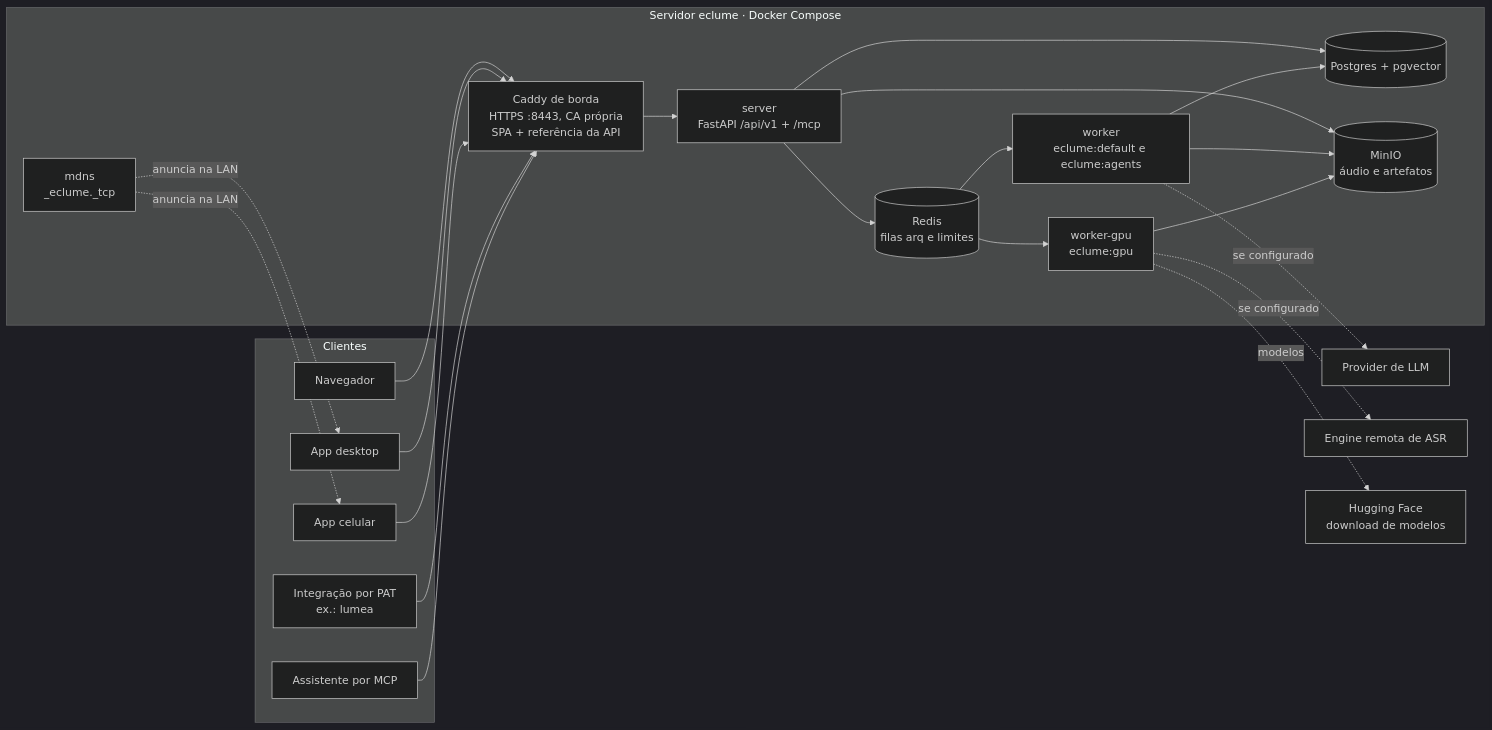
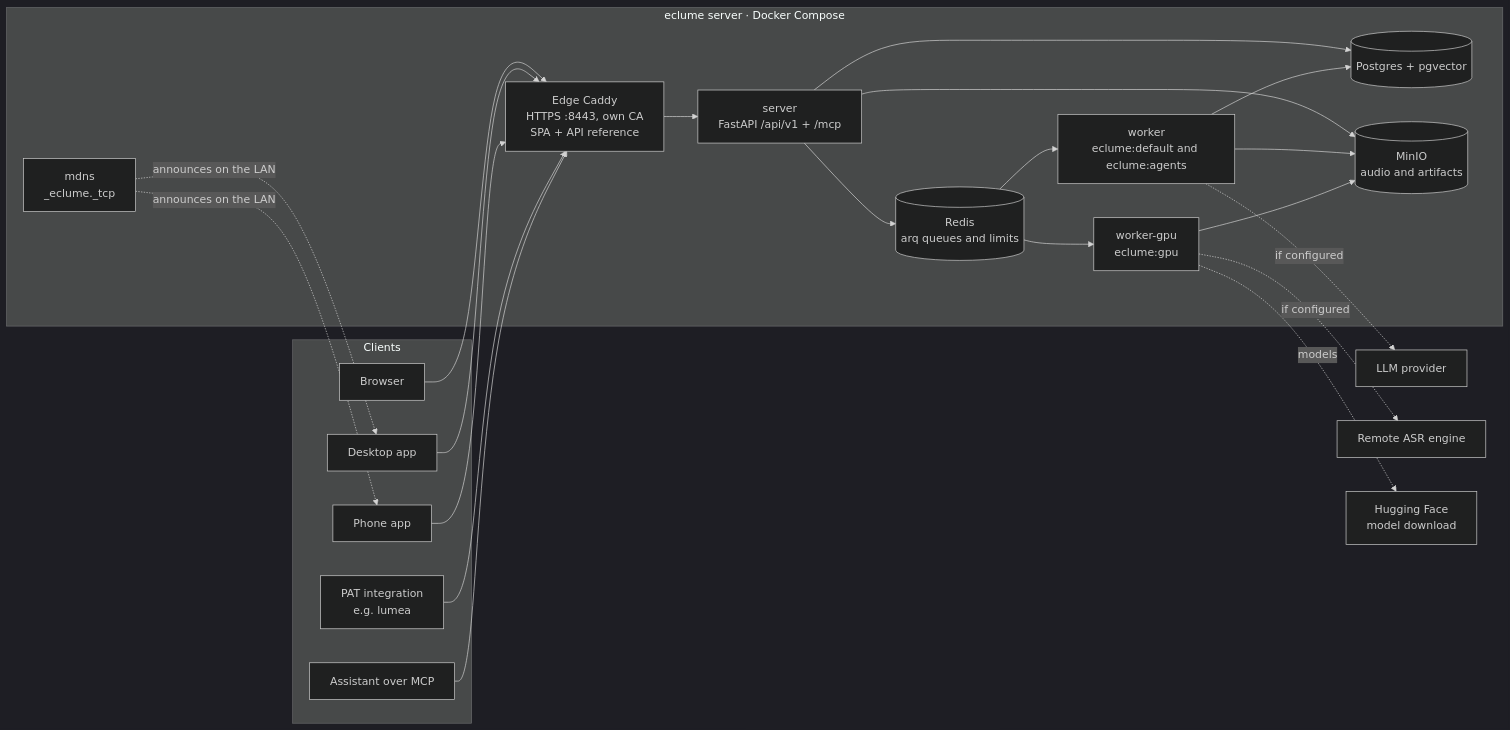
The diagram in docs/concepts/arquitetura/visao-geral.md (holetz/eclume), drawn with Mermaid (dark theme) before and after one commit. The commit also changed other lines of this file and 5 other files, not shown here.

````diff
--- a/docs/concepts/arquitetura/visao-geral.md
+++ b/docs/concepts/arquitetura/visao-geral.md
@@ -22,36 +22,36 @@
 ```mermaid
 flowchart LR
-  subgraph clientes[Clientes]
-    nav[Navegador]
-    desk[App desktop]
-    cel[App celular]
-    pat[Integração por PAT<br/>ex.: lumea]
-    mcpc[Assistente por MCP]
+  subgraph clientes[Clients]
+    nav[Browser]
+    desk[Desktop app]
+    cel[Phone app]
+    pat[PAT integration<br/>e.g. lumea]
+    mcpc[Assistant over MCP]
   end
 
-  subgraph servidor[Servidor eclume · Docker Compose]
-    caddy[Caddy de borda<br/>HTTPS :8443, CA própria<br/>SPA + referência da API]
+  subgraph servidor[eclume server · Docker Compose]
+    caddy[Edge Caddy<br/>HTTPS :8443, own CA<br/>SPA + API reference]
     server[server<br/>FastAPI /api/v1 + /mcp]
-    wcpu[worker<br/>eclume:default e eclume:agents]
+    wcpu[worker<br/>eclume:default and eclume:agents]
     wgpu[worker-gpu<br/>eclume:gpu]
     pg[(Postgres + pgvector)]
-    redis[(Redis<br/>filas arq e limites)]
-    minio[(MinIO<br/>áudio e artefatos)]
+    redis[(Redis<br/>arq queues and limits)]
+    minio[(MinIO<br/>audio and artifacts)]
     mdns[mdns<br/>_eclume._tcp]
   end
 
-  llm[Provider de LLM]
-  asr[Engine remota de ASR]
-  hf[Hugging Face<br/>download de modelos]
+  llm[LLM provider]
+  asr[Remote ASR engine]
+  hf[Hugging Face<br/>model download]
 
   nav & desk & cel & pat & mcpc --> caddy
   caddy --> server
   server --> pg & redis & minio
   redis --> wcpu & wgpu
   wcpu --> pg & minio
   wgpu --> minio
-  mdns -. anuncia na LAN .-> desk & cel
-  wcpu -. se configurado .-> llm
-  wgpu -. se configurado .-> asr
-  wgpu -. modelos .-> hf
+  mdns -. announces on the LAN .-> desk & cel
+  wcpu -. if configured .-> llm
+  wgpu -. if configured .-> asr
+  wgpu -. models .-> hf
 ```
````
